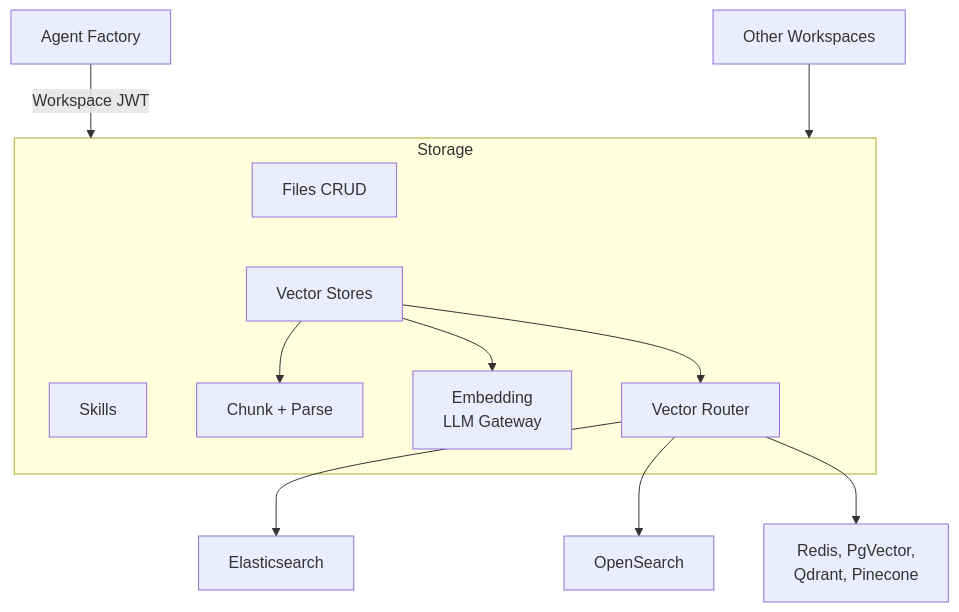
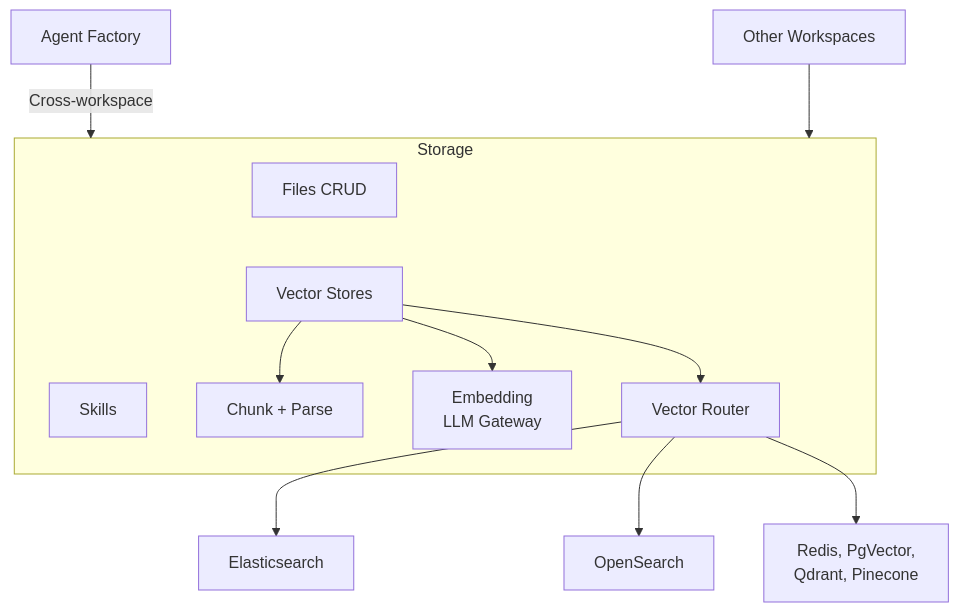
The diagram in services/storage/overview.mdx (prismeai/docs), drawn with Mermaid before and after one commit. The commit also changed other lines of this file and 33 other files, not shown here.

````diff
--- a/services/storage/overview.mdx
+++ b/services/storage/overview.mdx
@@ -26,16 +26,16 @@
 ```mermaid
 flowchart TD
-    AF[Agent Factory] -->|Workspace JWT| STOR
+    AF[Agent Factory] -->|Cross-workspace| STOR
     OW[Other Workspaces] --> STOR
 
     subgraph STOR[Storage]
         FILES[Files CRUD] ~~~ VS[Vector Stores] ~~~ SK[Skills]
         VS --> CHUNK[Chunk + Parse]
         VS --> EMB[Embedding\nLLM Gateway]
         VS --> VR[Vector Router]
     end
 
     VR --> ES[Elasticsearch]
     VR --> OS[OpenSearch]
     VR --> OTHER[Redis, PgVector,\nQdrant, Pinecone]
 ```
````
